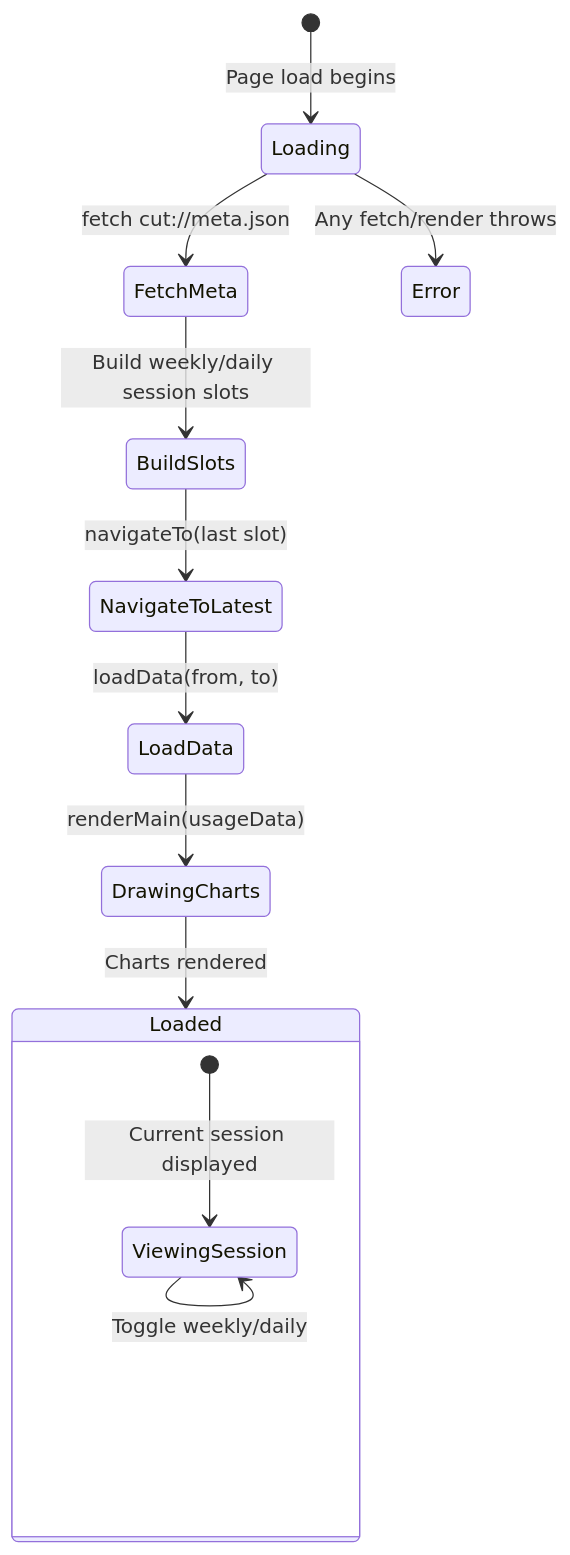
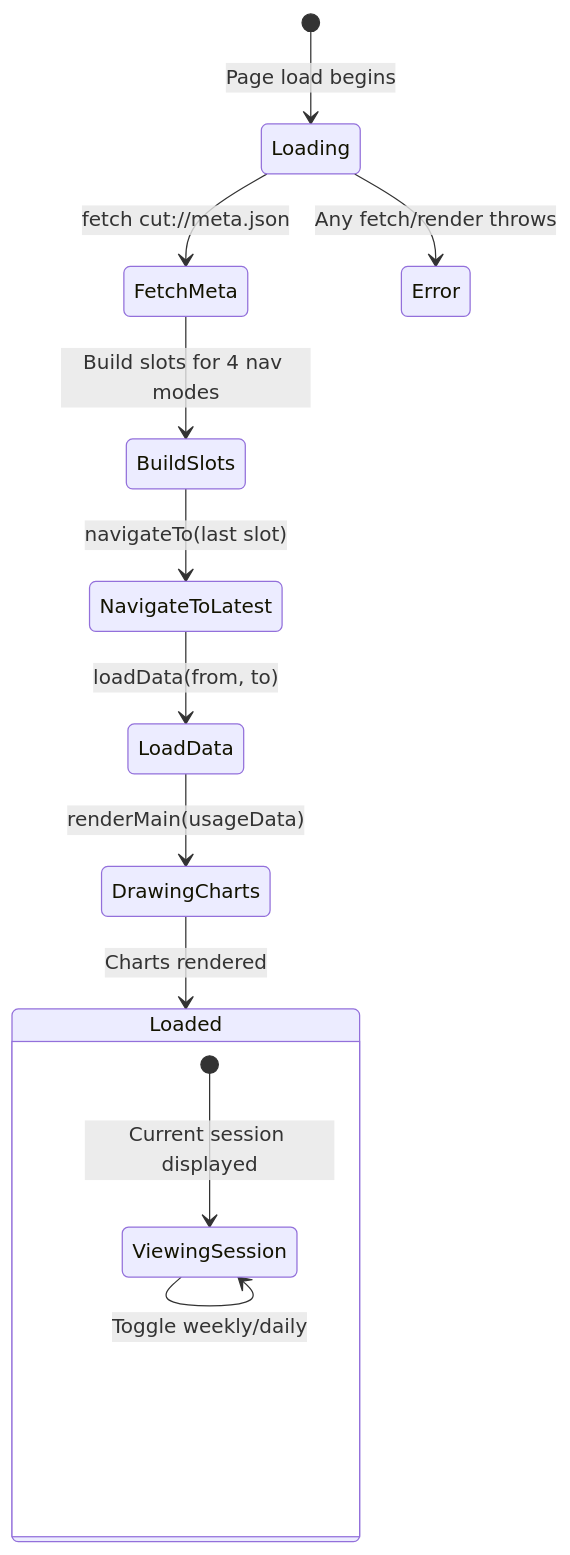
The diagram in docs/spec/analysis/analysis-exporter.md (grad13/Claude-Usage-Tracker), drawn with Mermaid before and after one commit. The commit also changed other lines of this file and 4 other files, not shown here.

````diff
--- a/docs/spec/analysis/analysis-exporter.md
+++ b/docs/spec/analysis/analysis-exporter.md
@@ -132,17 +136,17 @@
 ```mermaid
 stateDiagram-v2
     [*] --> Loading: Page load begins
     Loading --> FetchMeta: fetch cut://meta.json
-    FetchMeta --> BuildSlots: Build weekly/daily session slots
+    FetchMeta --> BuildSlots: Build slots for 4 nav modes
     BuildSlots --> NavigateToLatest: navigateTo(last slot)
     NavigateToLatest --> LoadData: loadData(from, to)
     LoadData --> DrawingCharts: renderMain(usageData)
     DrawingCharts --> Loaded: Charts rendered
     Loading --> Error: Any fetch/render throws
 
     state Loaded {
         [*] --> ViewingSession: Current session displayed
         ViewingSession --> ViewingSession: Nav prev/next
         ViewingSession --> ViewingSession: Toggle weekly/daily
     }
 ```
````
